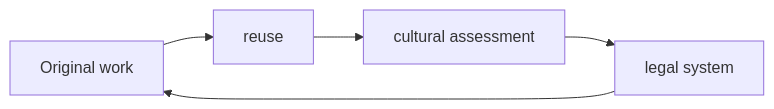
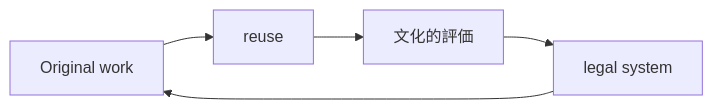
The second of 2 diagrams in en/_posts/2026-02-06-column-music-culture-copyright-remix.md (monumental-movement/monumental-movement.github.io), drawn with Mermaid before and after one commit. The commit also changed other lines of this file and 497 other files, not shown here.

```diff
--- a/en/_posts/2026-02-06-column-music-culture-copyright-remix.md
+++ b/en/_posts/2026-02-06-column-music-culture-copyright-remix.md
@@ -173,8 +173,8 @@
 <div class="mermaid">
 flowchart LR
     A[Original work]
     B[reuse]
-    C[cultural assessment]
+    C[文化的評価]
     D[legal system]
     A --> B --> C --> D --> A
 </div>
```
